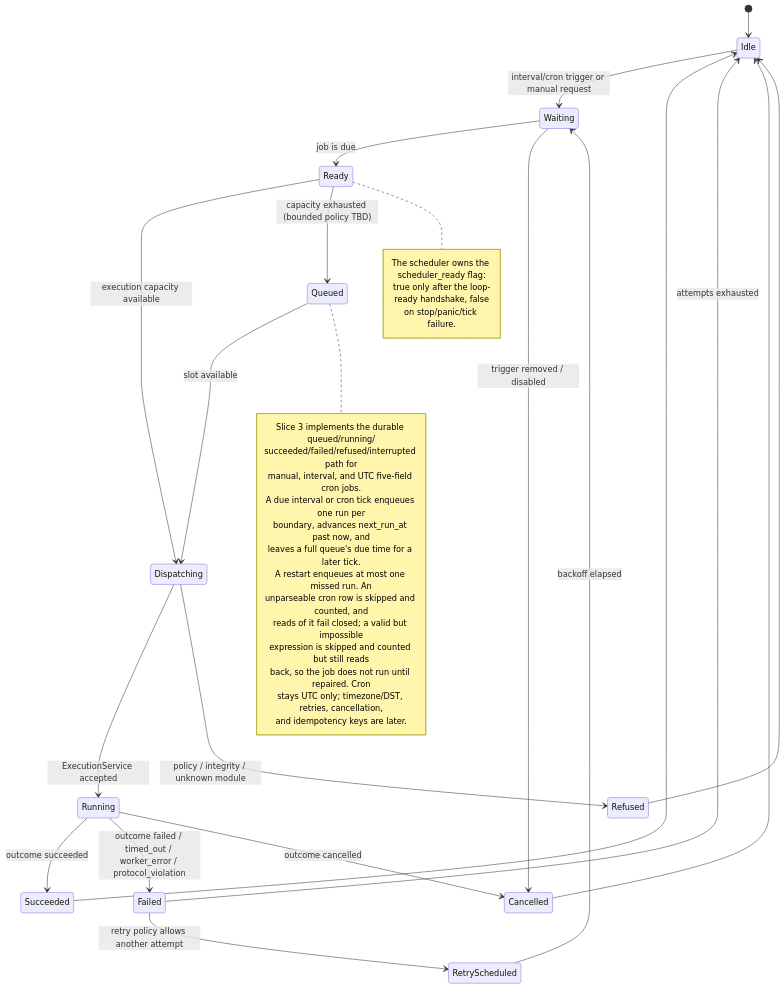
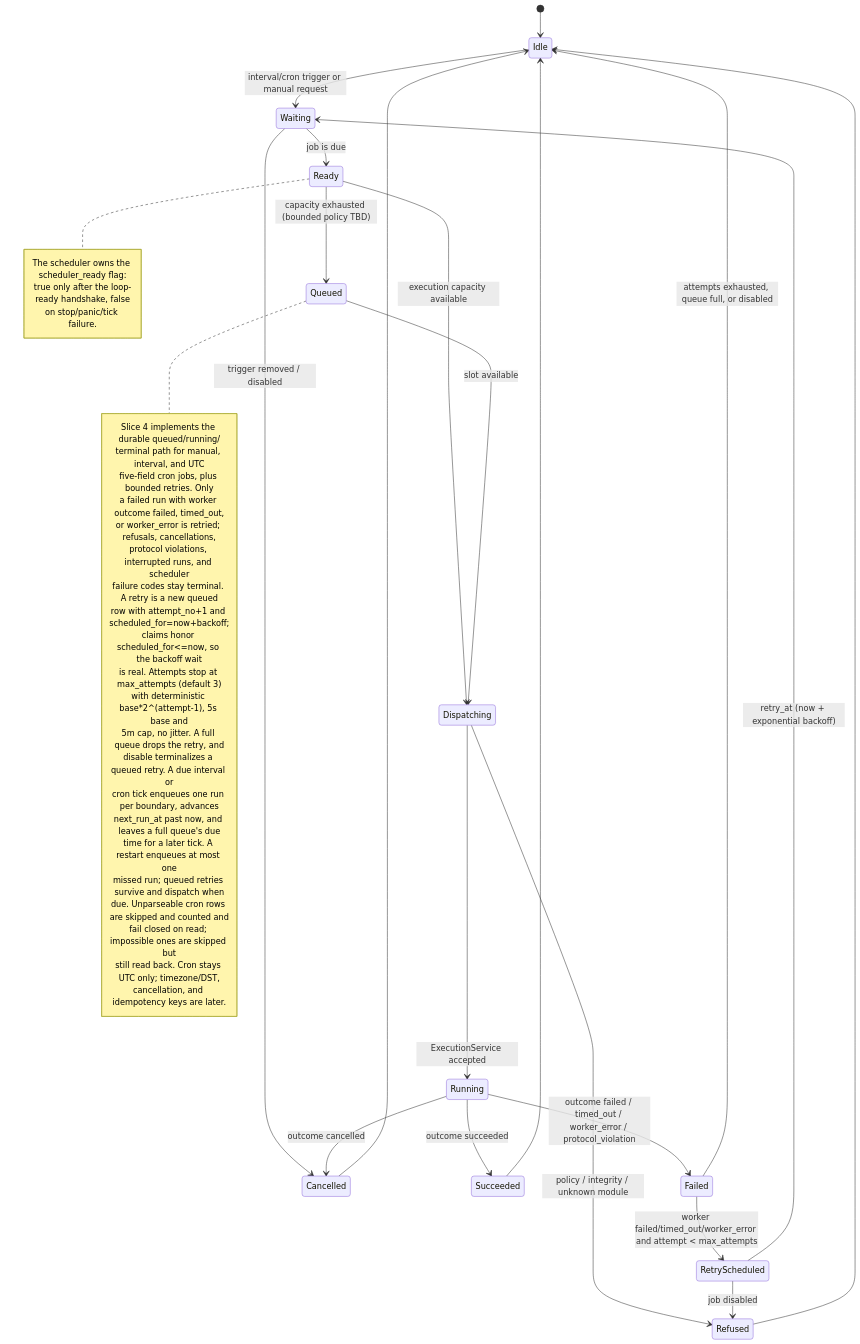
Diagram 13 of 14 in docs/statecharts.md (nicknad/conductor), drawn with Mermaid before and after one commit. The commit also changed other lines of this file and 8 other files, not shown here.

Commit message:
feat(scheduler): add bounded retries with backoff

````diff
--- a/docs/statecharts.md
+++ b/docs/statecharts.md
@@ -458,42 +458,51 @@
 ```mermaid
 stateDiagram-v2
     [*] --> Idle
     Idle --> Waiting: interval/cron trigger or manual request
     Waiting --> Ready: job is due
     Waiting --> Cancelled: trigger removed / disabled
     Ready --> Dispatching: execution capacity available
     Ready --> Queued: capacity exhausted (bounded policy TBD)
     Queued --> Dispatching: slot available
     Dispatching --> Running: ExecutionService accepted
     Dispatching --> Refused: policy / integrity / unknown module
     Running --> Succeeded: outcome succeeded
     Running --> Failed: outcome failed / timed_out / worker_error / protocol_violation
     Running --> Cancelled: outcome cancelled
-    Failed --> RetryScheduled: retry policy allows another attempt
-    RetryScheduled --> Waiting: backoff elapsed
+    Failed --> RetryScheduled: worker failed/timed_out/worker_error and attempt < max_attempts
+    RetryScheduled --> Waiting: retry_at (now + exponential backoff)
+    RetryScheduled --> Refused: job disabled
     Succeeded --> Idle
-    Failed --> Idle: attempts exhausted
+    Failed --> Idle: attempts exhausted, queue full, or disabled
     Cancelled --> Idle
     Refused --> Idle
 
     note right of Queued
-        Slice 3 implements the durable queued/running/
-        succeeded/failed/refused/interrupted path for
-        manual, interval, and UTC five-field cron jobs.
-        A due interval or cron tick enqueues one run per
-        boundary, advances next_run_at past now, and
-        leaves a full queue's due time for a later tick.
-        A restart enqueues at most one missed run. An
-        unparseable cron row is skipped and counted, and
-        reads of it fail closed; a valid but impossible
-        expression is skipped and counted but still reads
-        back, so the job does not run until repaired. Cron
-        stays UTC only; timezone/DST, retries, cancellation,
-        and idempotency keys are later.
+        Slice 4 implements the durable queued/running/
+        terminal path for manual, interval, and UTC
+        five-field cron jobs, plus bounded retries. Only
+        a failed run with worker outcome failed, timed_out,
+        or worker_error is retried; refusals, cancellations,
+        protocol violations, interrupted runs, and scheduler
+        failure codes stay terminal. A retry is a new queued
+        row with attempt_no+1 and scheduled_for=now+backoff;
+        claims honor scheduled_for<=now, so the backoff wait
+        is real. Attempts stop at max_attempts (default 3)
+        with deterministic base*2^(attempt-1), 5s base and
+        5m cap, no jitter. A full queue drops the retry, and
+        disable terminalizes a queued retry. A due interval or
+        cron tick enqueues one run per boundary, advances
+        next_run_at past now, and leaves a full queue's due
+        time for a later tick. A restart enqueues at most one
+        missed run; queued retries survive and dispatch when
+        due. Unparseable cron rows are skipped and counted and
+        fail closed on read; impossible ones are skipped but
+        still read back. Cron stays UTC only; timezone/DST,
+        cancellation, and idempotency keys are later.
     end note
     note right of Ready
         The scheduler owns the scheduler_ready flag:
         true only after the loop-ready handshake, false
         on stop/panic/tick failure.
     end note
 ```
````
